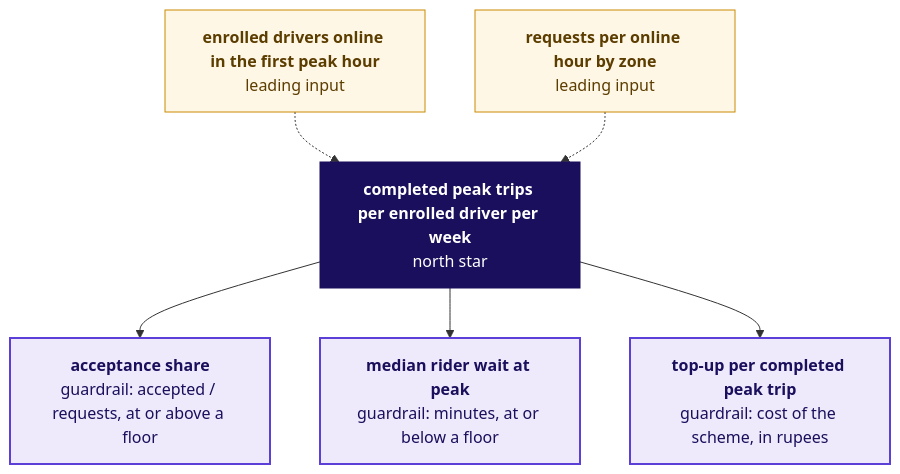
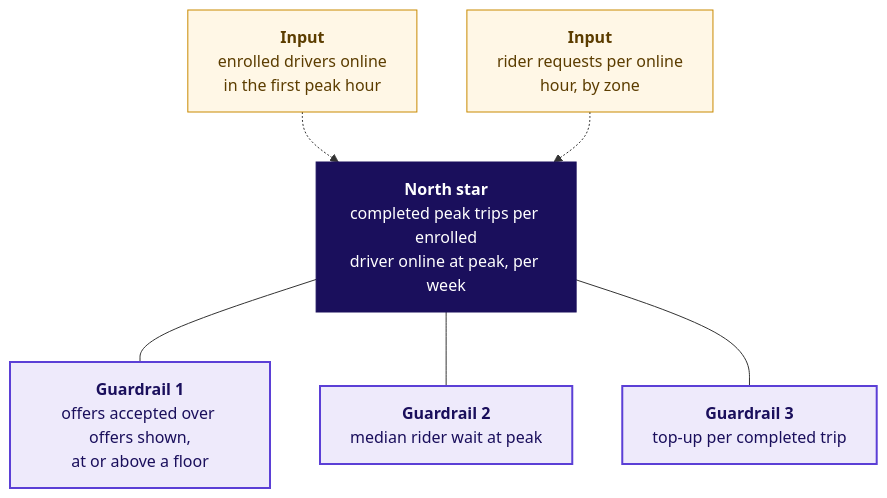
One commit to fde-academy-lab/c2-content-factory changed the ninth of 10 diagrams in content/W04/D1/slides/C2_W04_D01_half1_STUDENT.md. Above: the diagram before and after it, drawn with Mermaid. The commit also changed other lines of this file and 24 other files, not shown here.

````diff
--- a/content/W04/D1/slides/C2_W04_D01_half1_STUDENT.md
+++ b/content/W04/D1/slides/C2_W04_D01_half1_STUDENT.md
@@ -477,20 +681,20 @@
 ```mermaid
 flowchart TD
-    N["<b>completed peak trips per enrolled driver per week</b><br/>north star"]
-    G1["<b>acceptance share</b><br/>guardrail: accepted / requests, at or above a floor"]
-    G2["<b>median rider wait at peak</b><br/>guardrail: minutes, at or below a floor"]
-    G3["<b>top-up per completed peak trip</b><br/>guardrail: cost of the scheme, in rupees"]
-    L1["<b>enrolled drivers online in the first peak hour</b><br/>leading input"]
-    L2["<b>requests per online hour by zone</b><br/>leading input"]
-    N --> G1
-    N --> G2
-    N --> G3
+    N["<b>North star</b><br/>completed peak trips per enrolled<br/>driver online at peak, per week"]
+    G1["<b>Guardrail 1</b><br/>offers accepted over offers shown,<br/>at or above a floor"]
+    G2["<b>Guardrail 2</b><br/>median rider wait at peak"]
+    G3["<b>Guardrail 3</b><br/>top-up per completed trip"]
+    L1["<b>Input</b><br/>enrolled drivers online<br/>in the first peak hour"]
+    L2["<b>Input</b><br/>rider requests per online<br/>hour, by zone"]
+    N --- G1
+    N --- G2
+    N --- G3
     L1 -.-> N
     L2 -.-> N
     classDef lit fill:#1A0F5C,stroke:#1A0F5C,color:#FFFFFF
-    classDef guard fill:#EEEAFB,stroke:#5B3FD6,color:#1A0F5C,stroke-width:2px
-    classDef lead fill:#FFF7E6,stroke:#C98A00,color:#5C3D00
+    classDef known fill:#EEEAFB,stroke:#5B3FD6,color:#1A0F5C,stroke-width:2px
+    classDef kalpa fill:#FFF7E6,stroke:#C98A00,color:#5C3D00
     class N lit
-    class G1,G2,G3 guard
-    class L1,L2 lead
+    class G1,G2,G3 known
+    class L1,L2 kalpa
 ```
````
